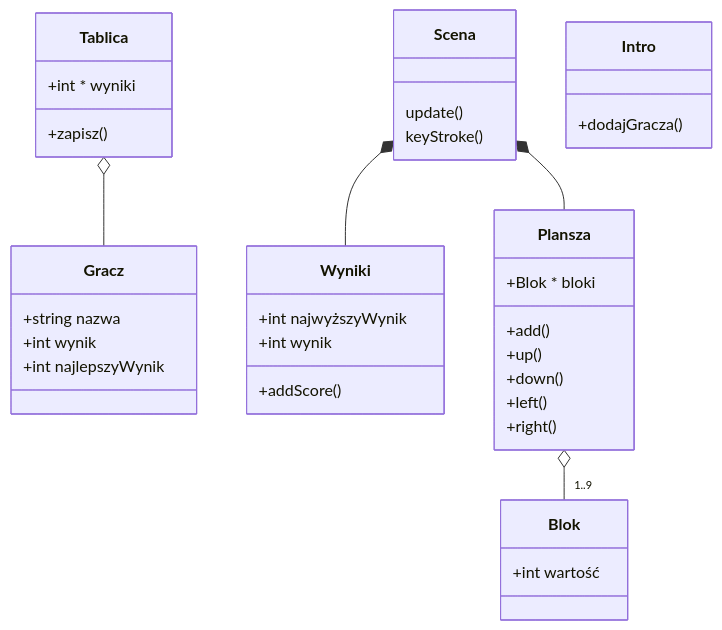
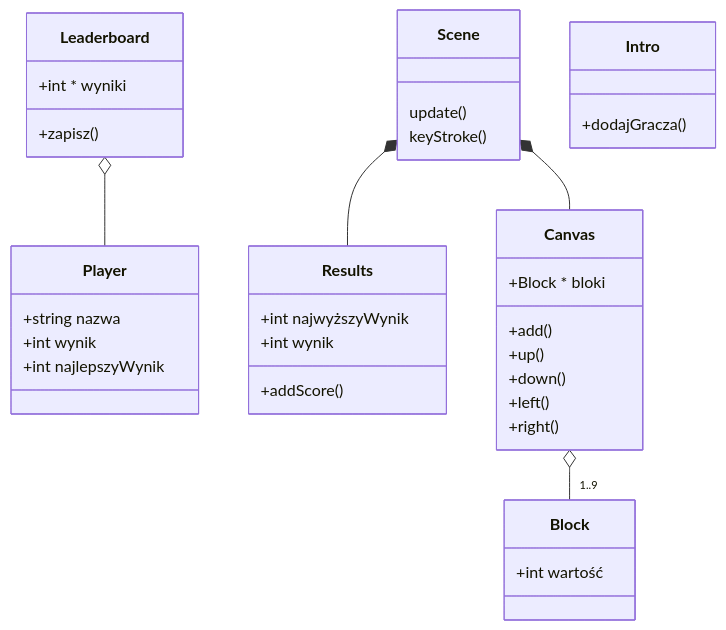
One commit to RafalLeja/UWr changed the diagram in PO/projekt/uml.md. Above: the diagram before and after it, drawn with Mermaid. The commit also changed 6 other files, not shown here.

Commit message:
zmiana w uml

````diff
--- a/PO/projekt/uml.md
+++ b/PO/projekt/uml.md
@@ -1,39 +1,39 @@
 ```mermaid
 classDiagram
-  Plansza o-- "1..9" Blok
-  Tablica o-- Gracz
-  Scena *-- Wyniki
-  Scena *-- Plansza
+  Canvas o-- "1..9" Block
+  Leaderboard o-- Player
+  Scene *-- Results
+  Scene *-- Canvas
   class Intro{
     +dodajGracza()
   }
-  class Tablica{
+  class Leaderboard{
     +int * wyniki
     +zapisz()
   }
-  class Gracz{
+  class Player{
     +string nazwa
     +int wynik
     +int najlepszyWynik
   }
-  class Plansza{
-    +Blok * bloki
+  class Canvas{
+    +Block * bloki
     +add()
     +up()
     +down()
     +left()
     +right()
   }
-  class Blok{
+  class Block{
     +int wartość
   }
-  class Wyniki{
+  class Results{
     +int najwyższyWynik
     +int wynik
     +addScore()
   }
-  class Scena{
+  class Scene{
     update()
     keyStroke()
   } 
 ```
````
